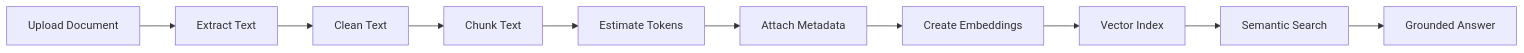
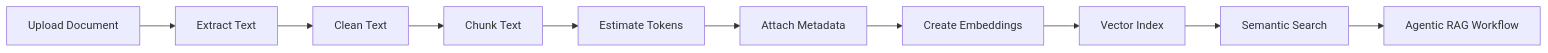
The third of 4 diagrams in README.md (SwapnilMundhekar/insurance-aigents.com), drawn with Mermaid before and after one commit. The commit also changed other lines of this file, not shown here.

First line of the commit message:
Revise README for Agentic RAG branding and details

````diff
--- a/README.md
+++ b/README.md
@@ -175,12 +249,12 @@
 ```mermaid
 flowchart LR
     A[Upload Document] --> B[Extract Text]
     B --> C[Clean Text]
     C --> D[Chunk Text]
     D --> E[Estimate Tokens]
     E --> F[Attach Metadata]
     F --> G[Create Embeddings]
     G --> H[Vector Index]
     H --> I[Semantic Search]
-    I --> J[Grounded Answer]
+    I --> J[Agentic RAG Workflow]
 ```
````
